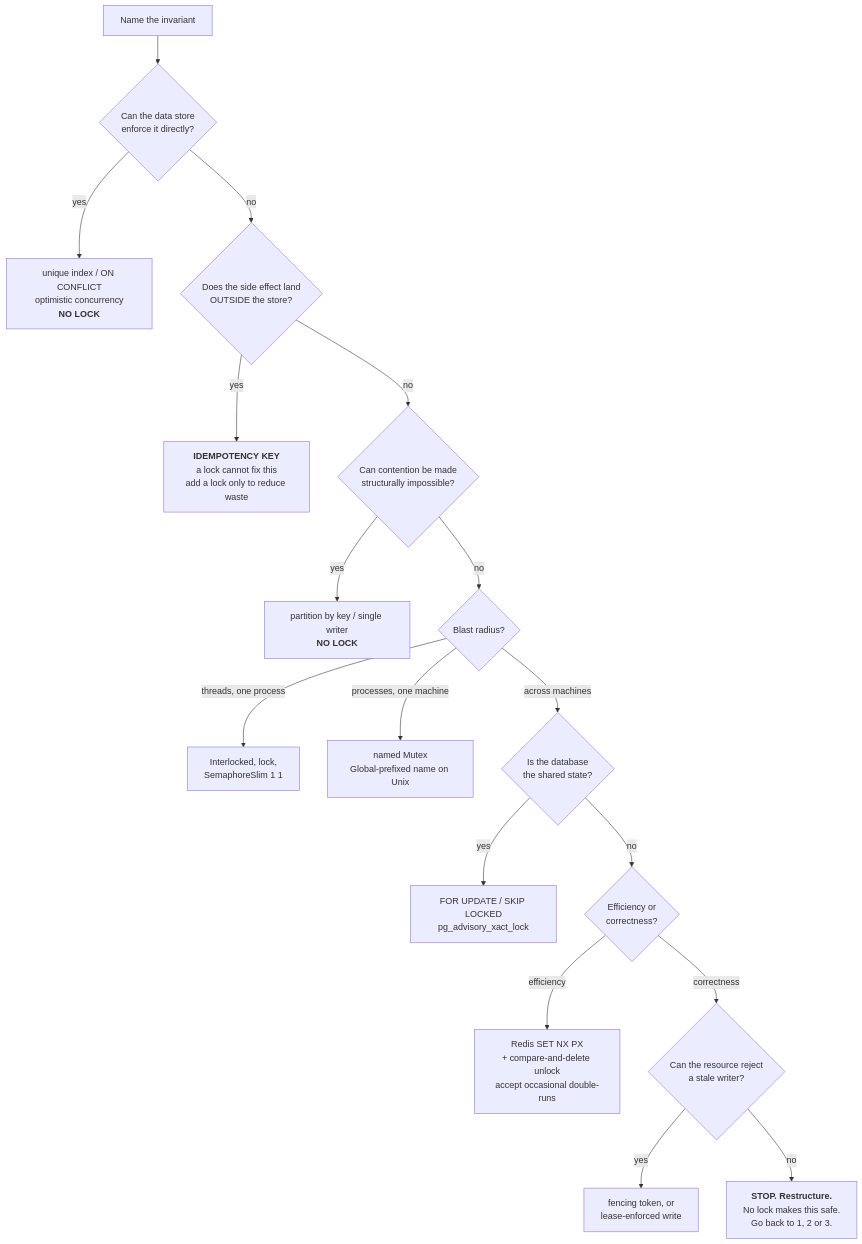
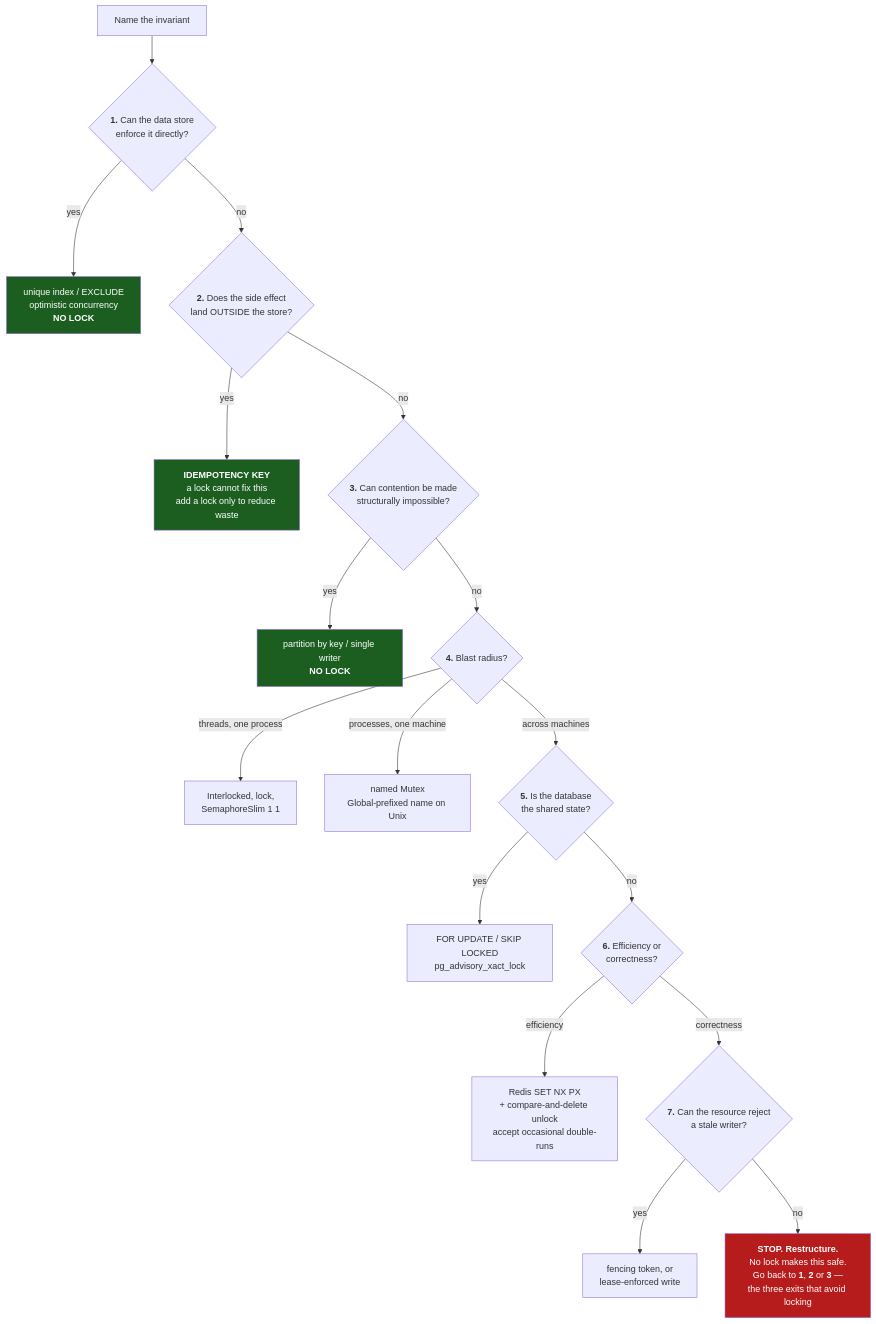
One commit to fu-infotrack/system-design-sessions changed the diagram in 01-locking/FRAMEWORK.md. Above: the diagram before and after it, drawn with Mermaid. The commit also changed other lines of this file, not shown here.

Commit message:
Resolve the dangling "go back to 1, 2 or 3" in the decision tree
The mermaid diagram's terminal node told the reader to go back to steps 1, 2
or 3, but the diagram's nodes were unnumbered -- so anyone reading the picture
alone had no way to resolve the reference. Only the text version numbered its
steps.

- Numbered all seven decision nodes in the diagram to match the text.
- Colour-coded the three no-lock exits green and the restructure dead-end red,
  so the shape of the tree reads at a glance: three ways out without a lock,
  one dead end.
- Added a short legend under the diagram naming steps 1-3 as "the exits",
  since that is what the dead-end points back at.
- Spelled out the same three in the text version's step 7 rather than leaving
  bare numbers there either.

````diff
--- a/01-locking/FRAMEWORK.md
+++ b/01-locking/FRAMEWORK.md
@@ -151,19 +151,24 @@
 ```mermaid
 flowchart TD
-    A["Name the invariant"] --> B{"Can the data store<br/>enforce it directly?"}
-    B -->|yes| B1["unique index / ON CONFLICT<br/>optimistic concurrency<br/><b>NO LOCK</b>"]
-    B -->|no| C{"Does the side effect land<br/>OUTSIDE the store?"}
+    A["Name the invariant"] --> B{"<b>1.</b> Can the data store<br/>enforce it directly?"}
+    B -->|yes| B1["unique index / EXCLUDE<br/>optimistic concurrency<br/><b>NO LOCK</b>"]
+    B -->|no| C{"<b>2.</b> Does the side effect<br/>land OUTSIDE the store?"}
     C -->|yes| C1["<b>IDEMPOTENCY KEY</b><br/>a lock cannot fix this<br/>add a lock only to reduce waste"]
-    C -->|no| D{"Can contention be made<br/>structurally impossible?"}
+    C -->|no| D{"<b>3.</b> Can contention be made<br/>structurally impossible?"}
     D -->|yes| D1["partition by key / single writer<br/><b>NO LOCK</b>"]
-    D -->|no| E{"Blast radius?"}
+    D -->|no| E{"<b>4.</b> Blast radius?"}
     E -->|"threads, one process"| E1["Interlocked, lock,<br/>SemaphoreSlim 1 1"]
     E -->|"processes, one machine"| E2["named Mutex<br/>Global-prefixed name on Unix"]
-    E -->|"across machines"| F{"Is the database<br/>the shared state?"}
+    E -->|"across machines"| F{"<b>5.</b> Is the database<br/>the shared state?"}
     F -->|yes| F1["FOR UPDATE / SKIP LOCKED<br/>pg_advisory_xact_lock"]
-    F -->|no| G{"Efficiency or<br/>correctness?"}
+    F -->|no| G{"<b>6.</b> Efficiency or<br/>correctness?"}
     G -->|efficiency| G1["Redis SET NX PX<br/>+ compare-and-delete unlock<br/>accept occasional double-runs"]
-    G -->|correctness| H{"Can the resource reject<br/>a stale writer?"}
+    G -->|correctness| H{"<b>7.</b> Can the resource reject<br/>a stale writer?"}
     H -->|yes| H1["fencing token, or<br/>lease-enforced write"]
-    H -->|no| H2["<b>STOP. Restructure.</b><br/>No lock makes this safe.<br/>Go back to 1, 2 or 3."]
+    H -->|no| H2["<b>STOP. Restructure.</b><br/>No lock makes this safe.<br/>Go back to <b>1</b>, <b>2</b> or <b>3</b> —<br/>the three exits that avoid locking"]
+
+    style B1 fill:#1b5e20,color:#fff
+    style C1 fill:#1b5e20,color:#fff
+    style D1 fill:#1b5e20,color:#fff
+    style H2 fill:#b71c1c,color:#fff
 ```
````
